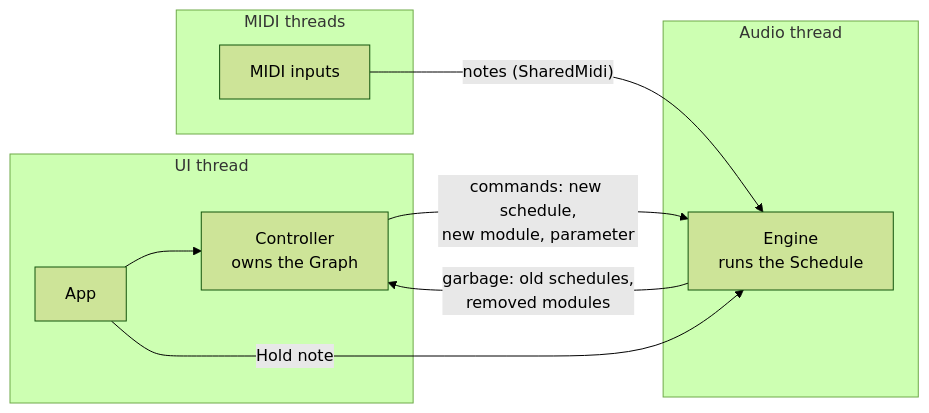
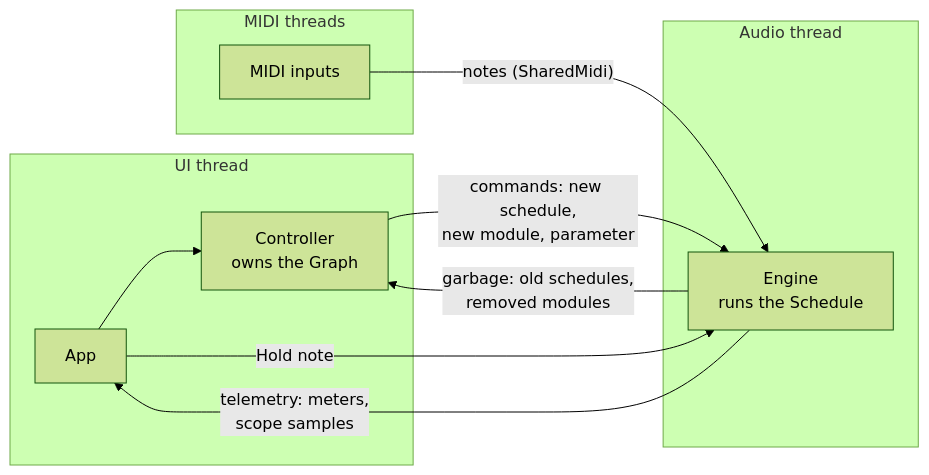
The second of 2 diagrams in docs/dev/architecture.md (Aaqibhafeezkhan/LoomDSP), drawn with Mermaid (forest theme) before and after one commit. The commit also changed other lines of this file and 14 other files, not shown here.

First line of the commit message:
Engine-to-UI telemetry: lock-free queues for meters and scopes (#57)

````diff
--- a/docs/dev/architecture.md
+++ b/docs/dev/architecture.md
@@ -41,16 +41,17 @@
 ```mermaid
 flowchart LR
     subgraph ui[UI thread]
         app[App] --> controller[Controller<br/>owns the Graph]
     end
     subgraph midi[MIDI threads]
         ports[MIDI inputs]
     end
     subgraph audio[Audio thread]
         engine[Engine<br/>runs the Schedule]
     end
     controller -- "commands: new schedule,<br/>new module, parameter" --> engine
     engine -- "garbage: old schedules,<br/>removed modules" --> controller
+    engine -- "telemetry: meters,<br/>scope samples" --> app
     ports -- "notes (SharedMidi)" --> engine
     app -- "Hold note" --> engine
 ```
````
